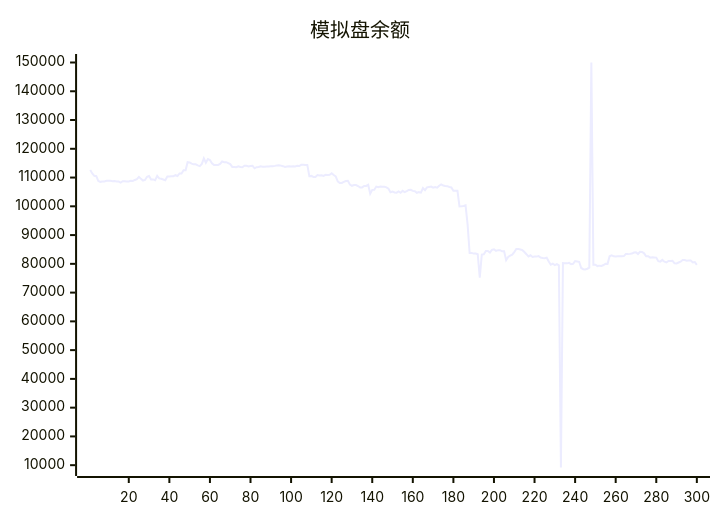
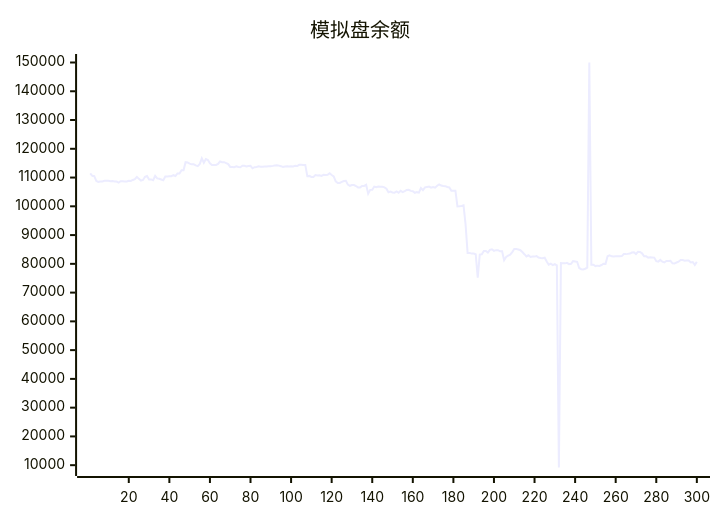
One commit to aahl/ai-trading changed the diagram in README.md. Above: the diagram before and after it, drawn with Mermaid. The commit also changed other lines of this file and 1 other file, not shown here.

````diff
--- a/README.md
+++ b/README.md
@@ -5,5 +5,5 @@
 ```mermaid
 xychart
     title "模拟盘余额"
-    line [112608,111443,110593,110490,108796,108506,108603,108645,108864,108864,108897,108718,108760,108648,108602,108262,108718,108752,108644,108644,108863,108823,109162,109419,110224,109539,108945,109172,110262,110546,109304,109343,109053,110606,109702,109584,109337,109071,110342,110342,110488,110488,110814,110531,111421,111421,112518,112522,115341,115266,114830,114584,114588,114231,113973,114726,116697,115160,116423,116083,114950,114365,114365,114388,114730,115582,115358,115358,115032,114686,113688,113688,113610,113930,113672,113585,114083,114074,113840,113996,114051,113208,113593,113701,113901,113794,113784,113810,113848,113927,113929,114064,114232,114293,114144,113960,113698,113853,113942,113812,113908,113877,114091,113998,114427,114422,114384,114384,110477,110576,110198,110198,110890,110712,110812,110569,110929,110847,110968,111478,110870,110433,108661,108116,108115,108485,108797,108877,107536,107134,107393,107393,107046,106565,106565,107081,107081,107478,104404,105715,105749,106866,106651,106889,106771,106816,106565,106141,104876,105103,104796,104734,105169,104690,105380,104941,105272,105709,105739,105374,105227,104691,104924,104762,106364,105628,106608,106748,106872,106485,106721,106468,107132,107620,107224,107080,107001,106717,106567,105431,105431,105440,99950,100017,100113,100337,93749,83795,83807,83567,83567,83342,75168,83222,83336,84448,84449,83896,84839,85065,84499,84757,84757,84364,84347,81254,82385,82835,83184,84099,85150,85150,85002,84751,84096,83356,82582,82983,82404,82572,82512,82688,82200,82047,81920,82125,80840,79688,80060,79552,79920,79470,9193,80236,80208,80170,80336,79894,80006,80954,80837,80712,78561,78139,78037,78293,78682,150000,79720,79720,79214,79372,79279,79591,80046,79993,82625,82950,82626,82571,82633,82670,82670,82681,83386,83378,83464,83579,83920,84037,83402,84160,84142,83652,82655,82655,82145,82315,82243,82163,80934,80770,81371,80742,80468,80989,80989,81067,80191,80155,80450,80737,81309,81309,81106,81119,81119,80471,80631,79624]
+    line [111443,110593,110490,108796,108506,108603,108645,108864,108864,108897,108718,108760,108648,108602,108262,108718,108752,108644,108644,108863,108823,109162,109419,110224,109539,108945,109172,110262,110546,109304,109343,109053,110606,109702,109584,109337,109071,110342,110342,110488,110488,110814,110531,111421,111421,112518,112522,115341,115266,114830,114584,114588,114231,113973,114726,116697,115160,116423,116083,114950,114365,114365,114388,114730,115582,115358,115358,115032,114686,113688,113688,113610,113930,113672,113585,114083,114074,113840,113996,114051,113208,113593,113701,113901,113794,113784,113810,113848,113927,113929,114064,114232,114293,114144,113960,113698,113853,113942,113812,113908,113877,114091,113998,114427,114422,114384,114384,110477,110576,110198,110198,110890,110712,110812,110569,110929,110847,110968,111478,110870,110433,108661,108116,108115,108485,108797,108877,107536,107134,107393,107393,107046,106565,106565,107081,107081,107478,104404,105715,105749,106866,106651,106889,106771,106816,106565,106141,104876,105103,104796,104734,105169,104690,105380,104941,105272,105709,105739,105374,105227,104691,104924,104762,106364,105628,106608,106748,106872,106485,106721,106468,107132,107620,107224,107080,107001,106717,106567,105431,105431,105440,99950,100017,100113,100337,93749,83795,83807,83567,83567,83342,75168,83222,83336,84448,84449,83896,84839,85065,84499,84757,84757,84364,84347,81254,82385,82835,83184,84099,85150,85150,85002,84751,84096,83356,82582,82983,82404,82572,82512,82688,82200,82047,81920,82125,80840,79688,80060,79552,79920,79470,9193,80236,80208,80170,80336,79894,80006,80954,80837,80712,78561,78139,78037,78293,78682,150000,79720,79720,79214,79372,79279,79591,80046,79993,82625,82950,82626,82571,82633,82670,82670,82681,83386,83378,83464,83579,83920,84037,83402,84160,84142,83652,82655,82655,82145,82315,82243,82163,80934,80770,81371,80742,80468,80989,80989,81067,80191,80155,80450,80737,81309,81309,81106,81119,81119,80471,80631,79624,80670]
 ```
````
